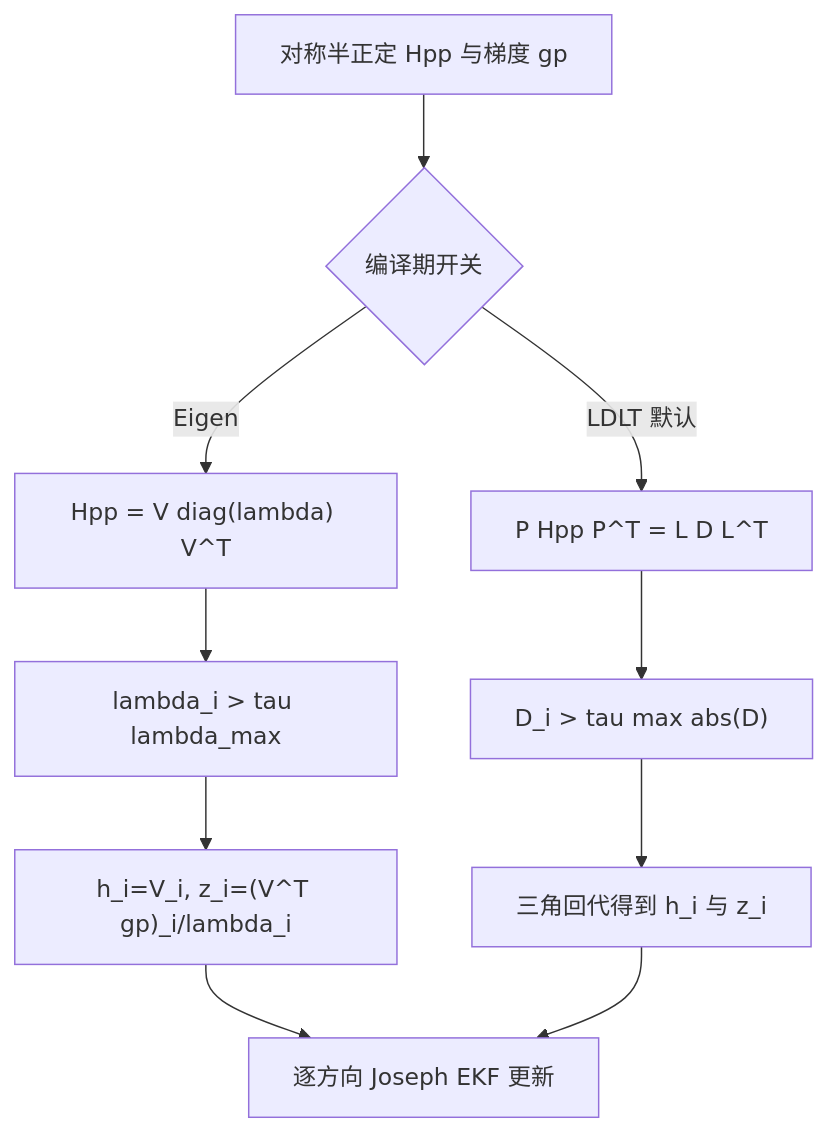
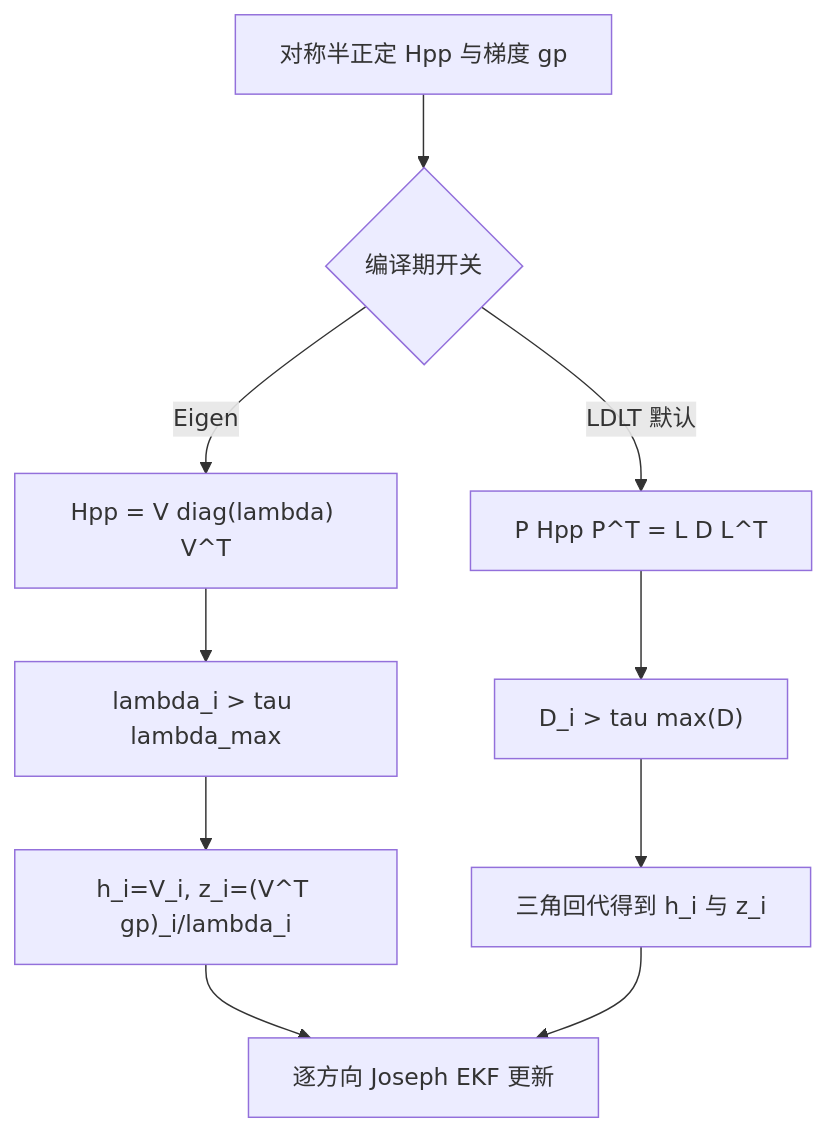
One commit to CainHu/SchurVIO changed the diagram in docs/OPT_LDLT.md. Above: the diagram before and after it, drawn with Mermaid. The commit also changed other lines of this file and 26 other files, not shown here.

````diff
--- a/docs/OPT_LDLT.md
+++ b/docs/OPT_LDLT.md
@@ -59,12 +60,12 @@
 ```mermaid
 flowchart TD
     H["对称半正定 Hpp 与梯度 gp"] --> M{"编译期开关"}
     M -- "Eigen" --> E["Hpp = V diag(lambda) V^T"]
     M -- "LDLT 默认" --> L["P Hpp P^T = L D L^T"]
     E --> TE["lambda_i > tau lambda_max"]
-    L --> TL["D_i > tau max abs(D)"]
+    L --> TL["D_i > tau max(D)"]
     TE --> PE["h_i=V_i, z_i=(V^T gp)_i/lambda_i"]
     TL --> PL["三角回代得到 h_i 与 z_i"]
     PE --> K["逐方向 Joseph EKF 更新"]
     PL --> K
 ```
````
